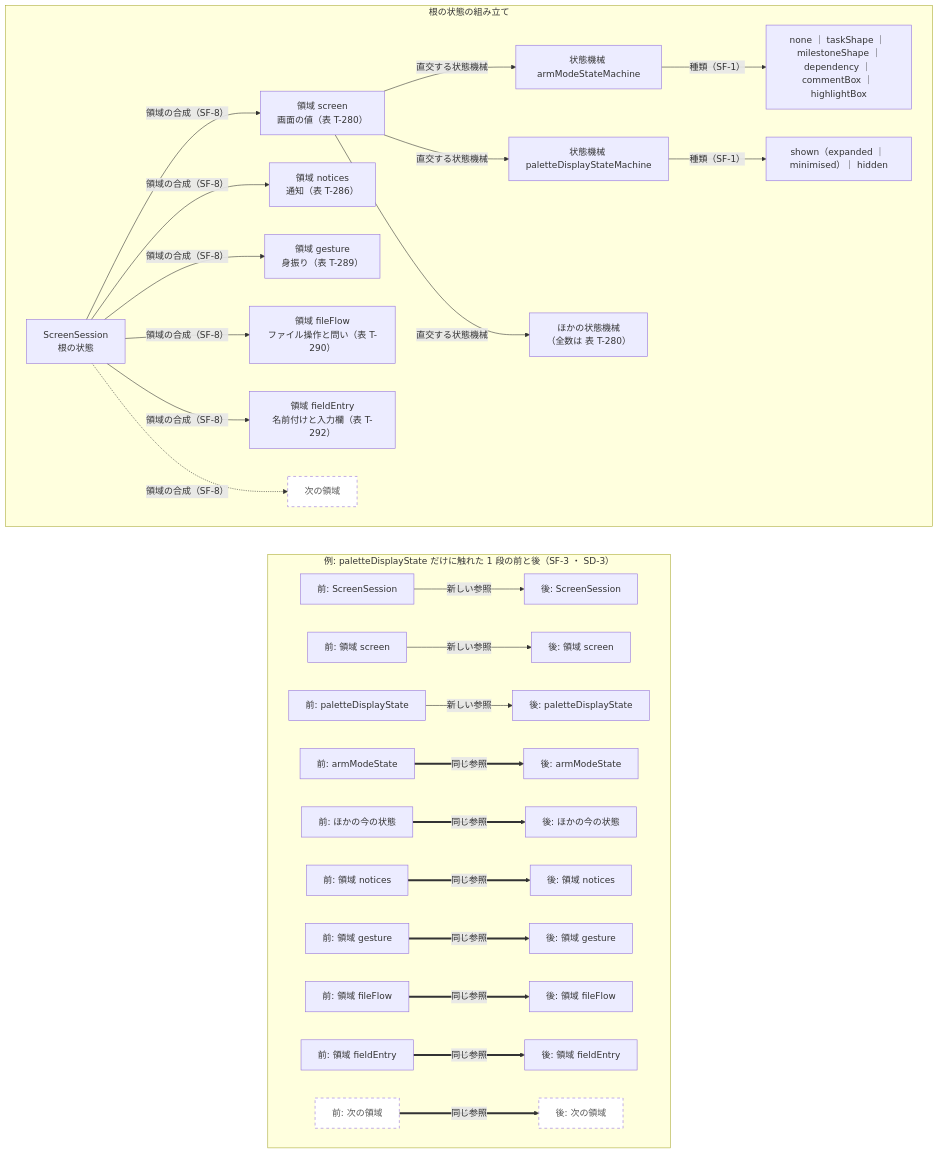
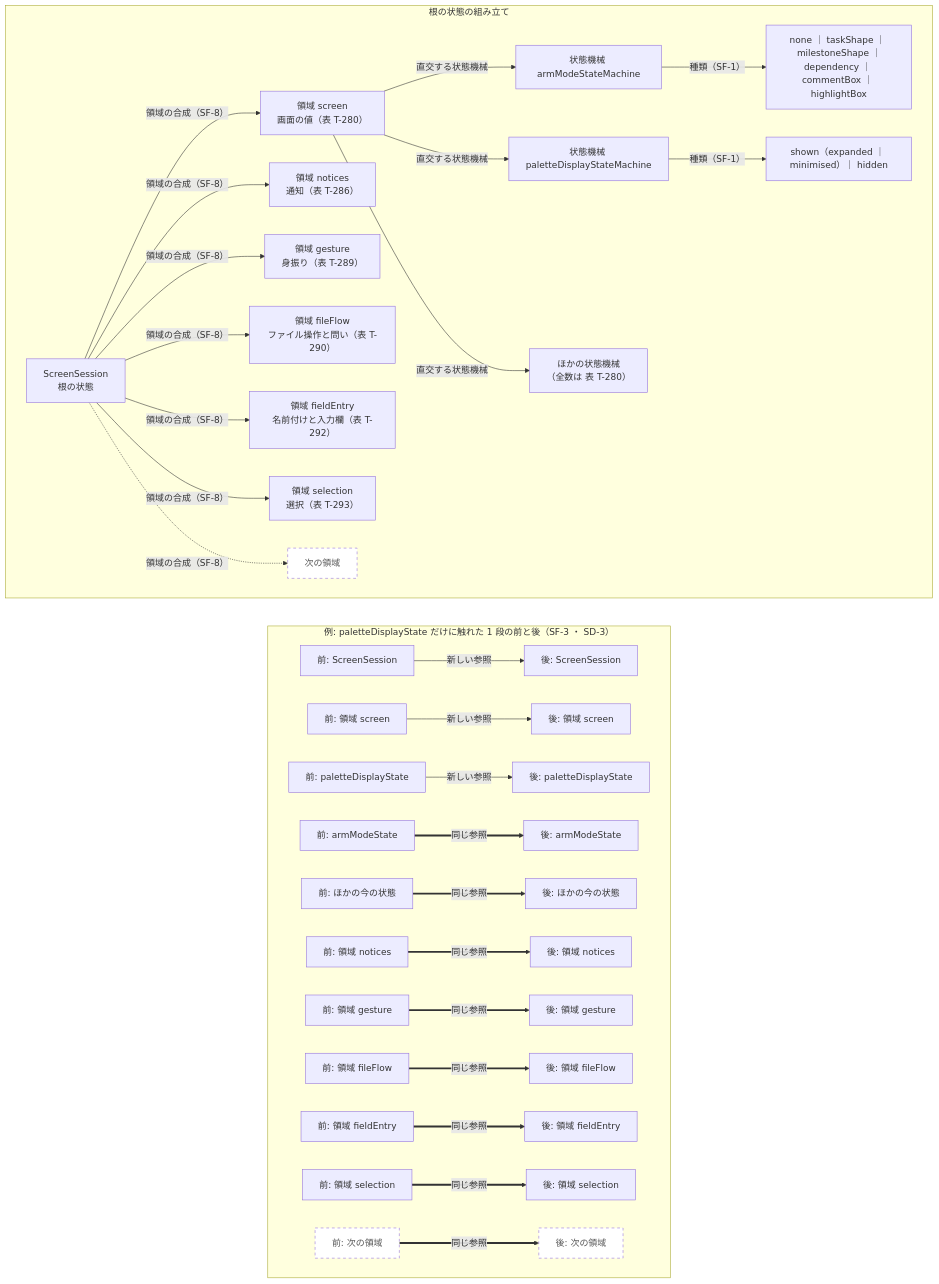
Before and after one commit to GoodRelax/gr-scheduler: the fourth of 4 diagrams in docs/spec/05-07-design.md, drawn with Mermaid. The commit also changed other lines of this file and 17 other files, not shown here.

````diff
--- a/docs/spec/05-07-design.md
+++ b/docs/spec/05-07-design.md
@@ -1056,45 +1058,48 @@
 ```mermaid
 flowchart TB
     subgraph Shape["根の状態の組み立て"]
         direction LR
         Root["ScreenSession<br>根の状態"]
         Screen["領域 screen<br>画面の値（表 T-280）"]
         Notices["領域 notices<br>通知（表 T-286）"]
         Gesture["領域 gesture<br>身振り（表 T-289）"]
         FileFlow["領域 fileFlow<br>ファイル操作と問い（表 T-290）"]
         FieldEntry["領域 fieldEntry<br>名前付けと入力欄（表 T-292）"]
+        SelectionRegion["領域 selection<br>選択（表 T-293）"]
         Next["次の領域"]:::future
         Armed["状態機械 armModeStateMachine"]
         Palette["状態機械 paletteDisplayStateMachine"]
         Others["ほかの状態機械<br>（全数は 表 T-280）"]
         ArmedK["none ｜ taskShape ｜ milestoneShape ｜<br>dependency ｜ commentBox ｜ highlightBox"]
         PaletteK["shown（expanded ｜ minimised）｜ hidden"]
         Root -->|"領域の合成（SF-8）"| Screen
         Root -->|"領域の合成（SF-8）"| Notices
         Root -->|"領域の合成（SF-8）"| Gesture
         Root -->|"領域の合成（SF-8）"| FileFlow
         Root -->|"領域の合成（SF-8）"| FieldEntry
+        Root -->|"領域の合成（SF-8）"| SelectionRegion
         Root -.->|"領域の合成（SF-8）"| Next
         Screen -->|"直交する状態機械"| Armed
         Screen -->|"直交する状態機械"| Palette
         Screen -->|"直交する状態機械"| Others
         Armed -->|"種類（SF-1）"| ArmedK
         Palette -->|"種類（SF-1）"| PaletteK
     end
     subgraph Step["例: paletteDisplayState だけに触れた 1 段の前と後（SF-3 ・ SD-3）"]
         direction LR
         R0["前: ScreenSession"] -->|"新しい参照"| R1["後: ScreenSession"]
         S0["前: 領域 screen"] -->|"新しい参照"| S1["後: 領域 screen"]
         P0["前: paletteDisplayState"] -->|"新しい参照"| P1["後: paletteDisplayState"]
         A0["前: armModeState"] ==>|"同じ参照"| A1["後: armModeState"]
         O0["前: ほかの今の状態"] ==>|"同じ参照"| O1["後: ほかの今の状態"]
         M0["前: 領域 notices"] ==>|"同じ参照"| M1["後: 領域 notices"]
         G0["前: 領域 gesture"] ==>|"同じ参照"| G1["後: 領域 gesture"]
         F0["前: 領域 fileFlow"] ==>|"同じ参照"| F1["後: 領域 fileFlow"]
         E0["前: 領域 fieldEntry"] ==>|"同じ参照"| E1["後: 領域 fieldEntry"]
+        L0["前: 領域 selection"] ==>|"同じ参照"| L1["後: 領域 selection"]
         N0["前: 次の領域"]:::future ==>|"同じ参照"| N1["後: 次の領域"]:::future
     end
     Shape ~~~ Step
 
     classDef future stroke-dasharray: 5 5,fill:#fff,color:#555
 ```
````
